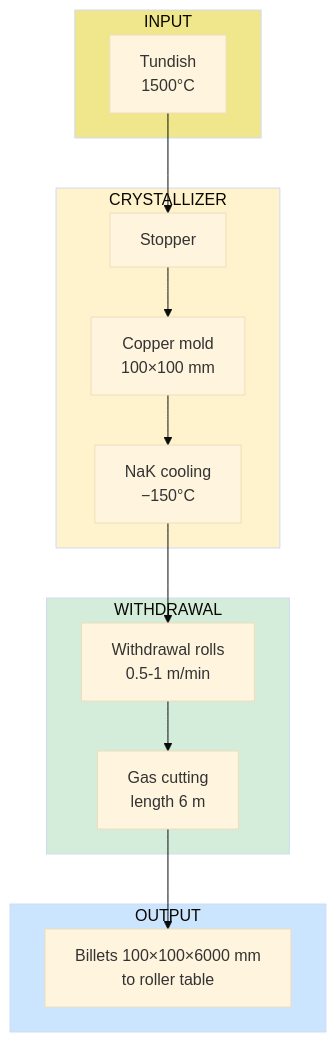
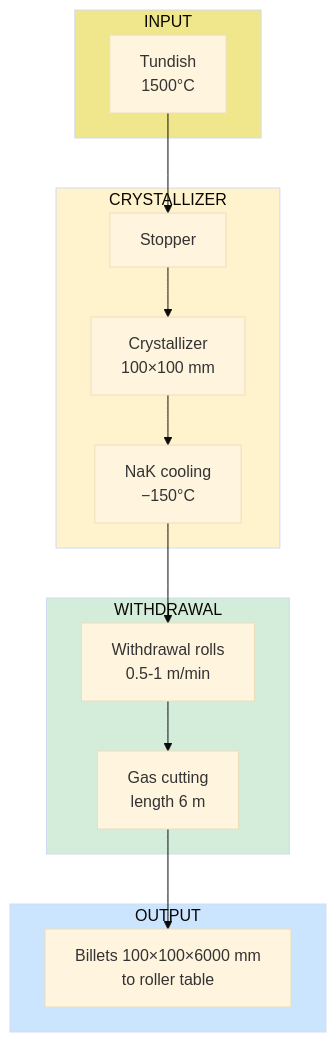
One commit to DmitryNasikanov/infinite-energy changed the diagram in en/science/detailed/production/factories/elements/casting.qmd. Above: the diagram before and after it, drawn with Mermaid (base theme). The commit also changed other lines of this file and 71 other files, not shown here.

````diff
--- a/en/science/detailed/production/factories/elements/casting.qmd
+++ b/en/science/detailed/production/factories/elements/casting.qmd
@@ -23,33 +23,33 @@
 ```{mermaid}
 flowchart TD
     subgraph INPUT["INPUT"]
         TUNDISH["Tundish<br/>1500°C"]
     end
 
     subgraph CRYSTALLIZER["CRYSTALLIZER"]
         STOPPER["Stopper"]
-        MOLD["Copper mold<br/>100×100 mm"]
+        MOLD["Crystallizer<br/>100×100 mm"]
         COOLING["NaK cooling<br/>−150°C"]
     end
 
     subgraph PULLING["WITHDRAWAL"]
         ROLLERS["Withdrawal rolls<br/>0.5-1 m/min"]
         CUTTING["Gas cutting<br/>length 6 m"]
     end
 
     subgraph OUTPUT["OUTPUT"]
         BILLETS["Billets 100×100×6000 mm<br/>to roller table"]
     end
 
     TUNDISH --> STOPPER
     STOPPER --> MOLD
     MOLD --> COOLING
     COOLING --> ROLLERS
     ROLLERS --> CUTTING
     CUTTING --> BILLETS
 
     style INPUT fill:#f0e68c
     style CRYSTALLIZER fill:#fff3cd
     style PULLING fill:#d4edda
     style OUTPUT fill:#cce5ff
 ```
````
